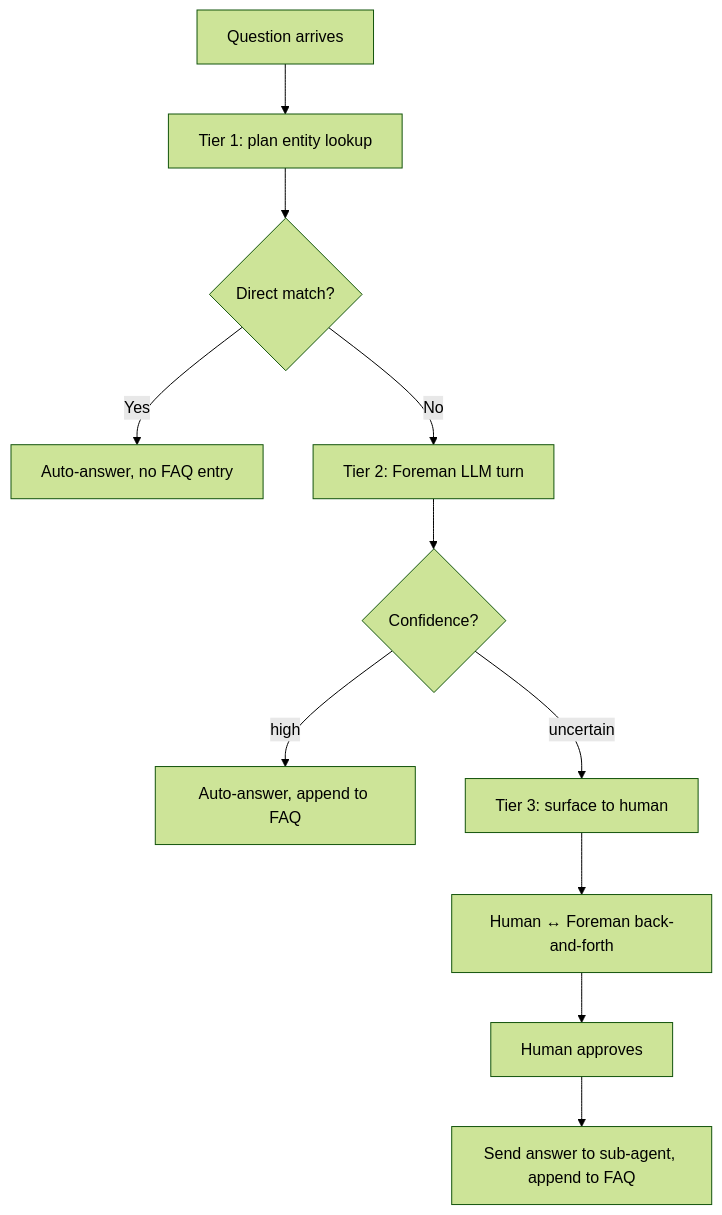
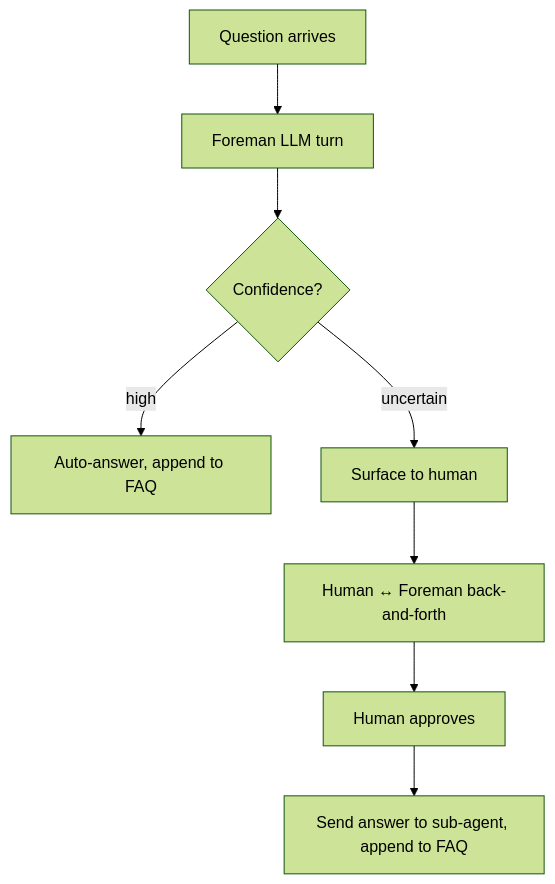
The second of 3 diagrams in docs/05-orchestration.md (beeemT/substrate), drawn with Mermaid (forest theme) before and after one commit. The commit also changed other lines of this file and 6 other files, not shown here.

````diff
--- a/docs/05-orchestration.md
+++ b/docs/05-orchestration.md
@@ -297,13 +299,10 @@
 ```mermaid
 flowchart TD
-    Q[Question arrives] --> T1[Tier 1: plan entity lookup]
-    T1 --> Hit{Direct match?}
-    Hit -->|Yes| AutoT1[Auto-answer, no FAQ entry]
-    Hit -->|No| T2[Tier 2: Foreman LLM turn]
-    T2 --> Conf{Confidence?}
-    Conf -->|high| AutoT2[Auto-answer, append to FAQ]
-    Conf -->|uncertain| T3[Tier 3: surface to human]
-    T3 --> Loop[Human ↔ Foreman back-and-forth]
+    Q[Question arrives] --> Foreman[Foreman LLM turn]
+    Foreman --> Conf{Confidence?}
+    Conf -->|high| Auto[Auto-answer, append to FAQ]
+    Conf -->|uncertain| Human[Surface to human]
+    Human --> Loop[Human ↔ Foreman back-and-forth]
     Loop --> Approve[Human approves]
     Approve --> Forward[Send answer to sub-agent, append to FAQ]
 ```
````
